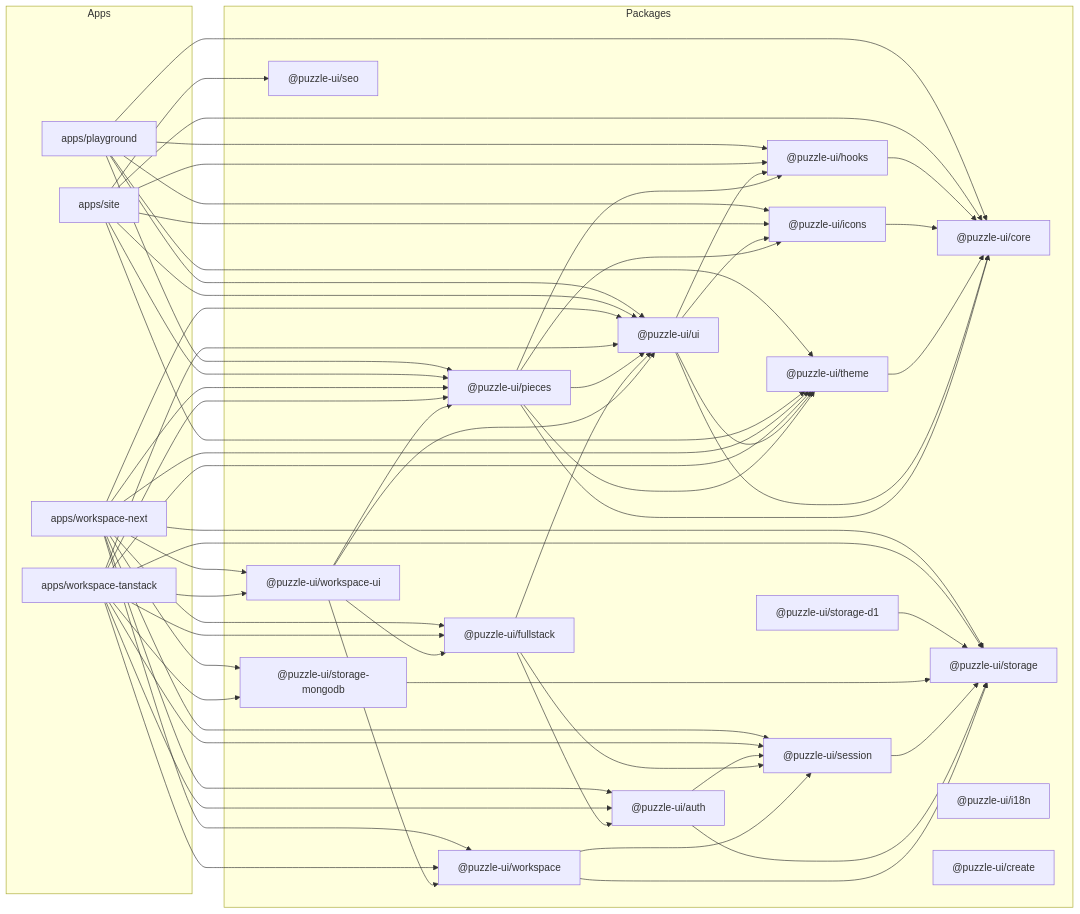
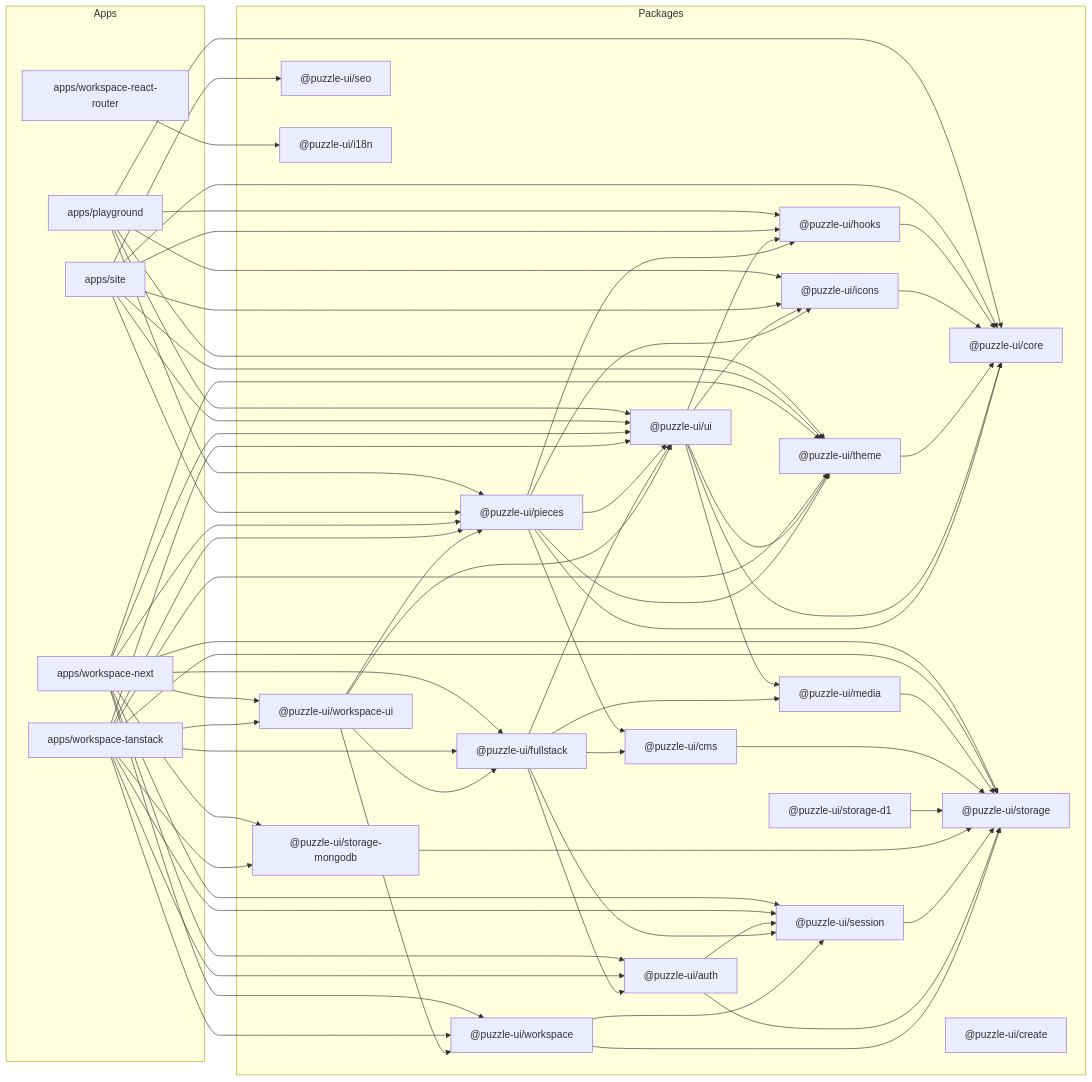
Before and after one commit to senorprogramador/puzzle: the diagram in docs/ai/architecture/overview.md, drawn with Mermaid. The commit also changed other lines of this file and 338 other files, not shown here.

Commit message:
added cms/media and what not

```diff
--- a/docs/ai/architecture/overview.md
+++ b/docs/ai/architecture/overview.md
@@ -32,6 +32,7 @@
     site["apps/site"]
     nextapp["apps/workspace-next"]
     tanapp["apps/workspace-tanstack"]
+    reactrouterapp["apps/workspace-react-router"]
   end
 
   subgraph Packages
@@ -41,6 +42,8 @@
     theme["@puzzle-ui/theme"]
     ui["@puzzle-ui/ui"]
     pieces["@puzzle-ui/pieces"]
+    media["@puzzle-ui/media"]
+    cms["@puzzle-ui/cms"]
     storage["@puzzle-ui/storage"]
     d1["@puzzle-ui/storage-d1"]
     mongo["@puzzle-ui/storage-mongodb"]
@@ -91,19 +94,25 @@
   tanapp --> workspace
   tanapp --> workspaceui
 
+  reactrouterapp --> i18n
+
   hooks --> core
   icons --> core
   theme --> core
   ui --> core
   ui --> hooks
   ui --> icons
+  ui --> media
   ui --> theme
   pieces --> core
+  pieces --> cms
   pieces --> hooks
   pieces --> icons
   pieces --> theme
   pieces --> ui
 
+  media --> storage
+  cms --> storage
   d1 --> storage
   mongo --> storage
   session --> storage
@@ -112,6 +121,8 @@
   fullstack --> ui
   fullstack --> auth
   fullstack --> session
+  fullstack --> media
+  fullstack --> cms
   workspace --> storage
   workspace --> session
   workspaceui --> fullstack
```
